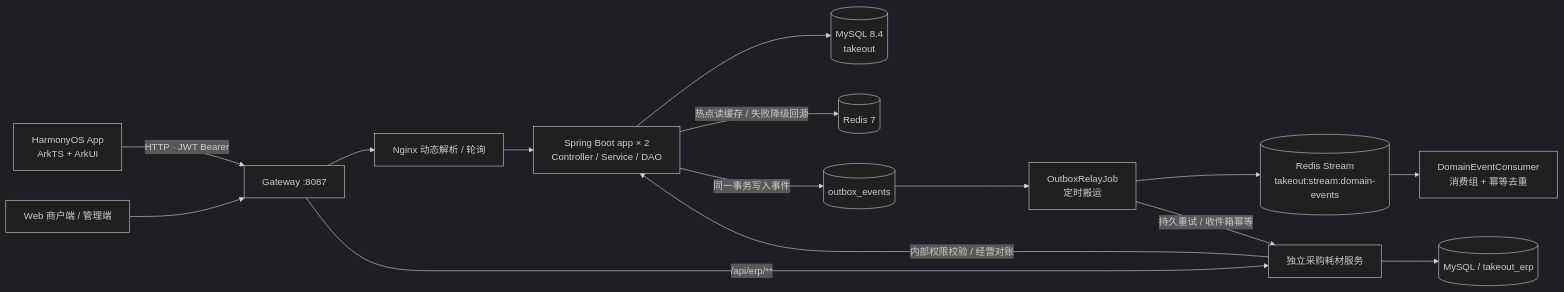
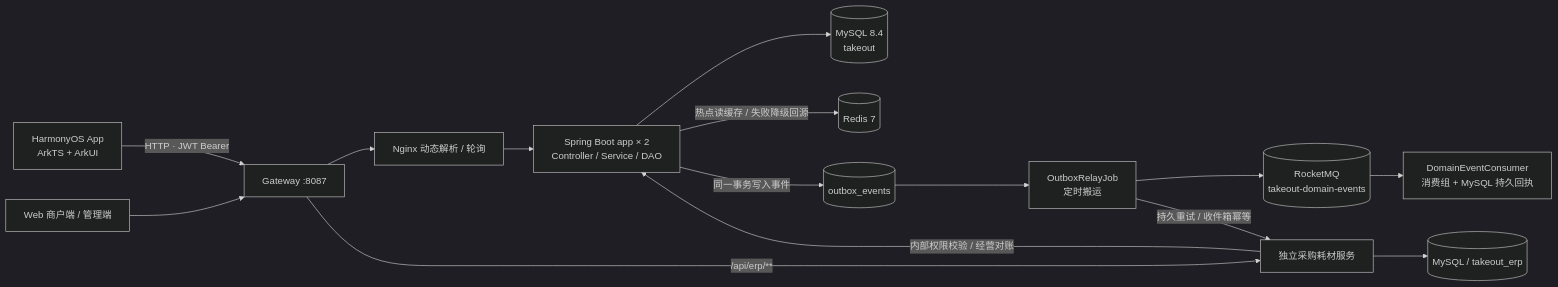
Before and after one commit to hqyx2025/simple-takeout: the diagram in README.md, drawn with Mermaid (dark theme). The commit also changed other lines of this file and 36 other files, not shown here.

````diff
--- a/README.md
+++ b/README.md
@@ -171,17 +171,17 @@
 ```mermaid
 flowchart LR
   App["HarmonyOS App<br/>ArkTS + ArkUI"] -->|"HTTP · JWT Bearer"| Gateway["Gateway :8087"]
   Gateway --> Balancer["Nginx 动态解析 / 轮询"]
   Web["Web 商户端 / 管理端"] --> Gateway
   Gateway -->|"/api/erp/**"| ERP["独立采购耗材服务"]
   ERP --> ERPDB[("MySQL / takeout_erp")]
   ERP -->|"内部权限校验 / 经营对账"| API
   Balancer --> API["Spring Boot app × 2<br/>Controller / Service / DAO"]
   API --> MySQL[("MySQL 8.4<br/>takeout")]
   API -->|"热点读缓存 / 失败降级回源"| Redis[("Redis 7")]
   API -->|"同一事务写入事件"| Outbox[("outbox_events")]
   Outbox --> Relay["OutboxRelayJob<br/>定时搬运"]
-  Relay --> Stream[("Redis Stream<br/>takeout:stream:domain-events")]
+  Relay --> MQ[("RocketMQ<br/>takeout-domain-events")]
   Relay -->|"持久重试 / 收件箱幂等"| ERP
-  Stream --> Consumer["DomainEventConsumer<br/>消费组 + 幂等去重"]
+  MQ --> Consumer["DomainEventConsumer<br/>消费组 + MySQL 持久回执"]
 ```
````
